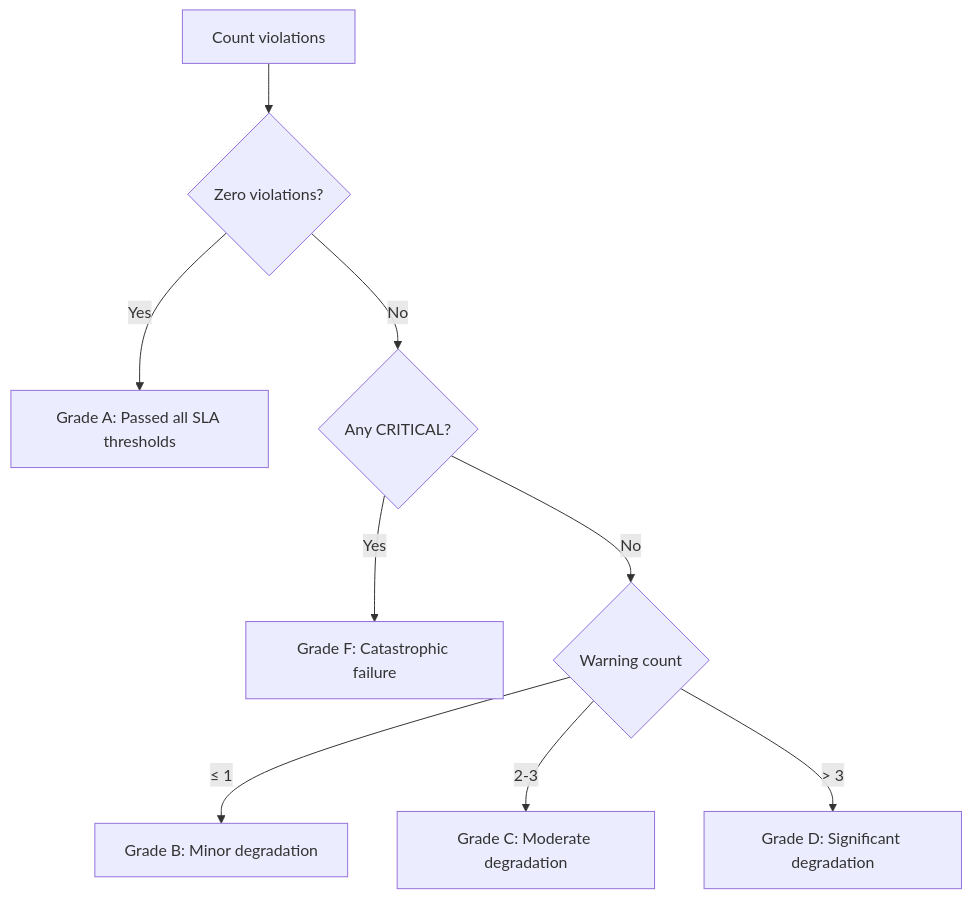
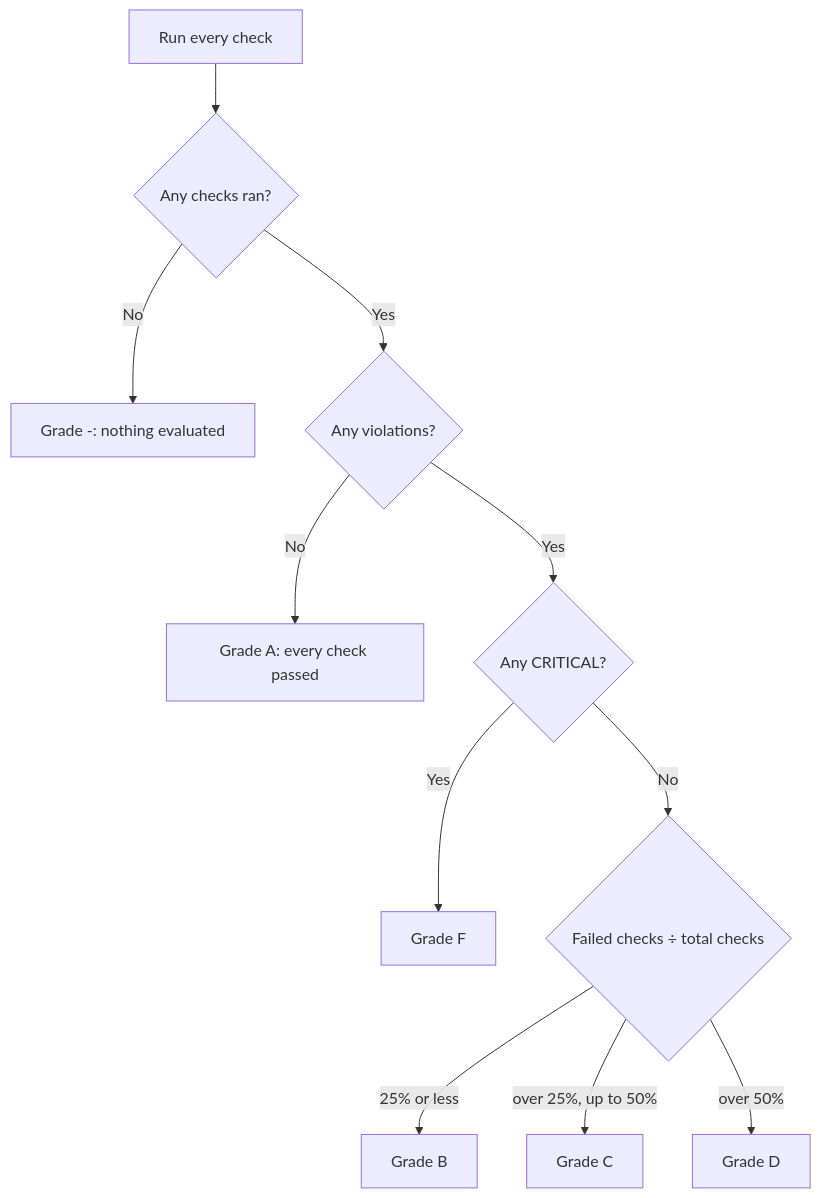
Before and after one commit to actions-marketplace-validations/bmscomp_kates: the second of 3 diagrams in kates/docs/disruption-guide.md, drawn with Mermaid. The commit also changed other lines of this file and 1 other file, not shown here.

First line of the commit message:
docs(disruption): make the JSON plan examples and SLA grading match the code (#176)

````diff
--- a/kates/docs/disruption-guide.md
+++ b/kates/docs/disruption-guide.md
@@ -398,11 +415,13 @@
 ```mermaid
 flowchart TD
-    Start["Count violations"] --> Empty{"Zero violations?"}
-    Empty -- Yes --> A["Grade A: Passed all SLA thresholds"]
-    Empty -- No --> Critical{"Any CRITICAL?"}
-    Critical -- Yes --> F["Grade F: Catastrophic failure"]
-    Critical -- No --> Count{"Warning count"}
-    Count -- "≤ 1" --> B["Grade B: Minor degradation"]
-    Count -- "2-3" --> C["Grade C: Moderate degradation"]
-    Count -- "> 3" --> D["Grade D: Significant degradation"]
+    Start["Run every check"] --> Ran{"Any checks ran?"}
+    Ran -- No --> None["Grade -: nothing evaluated"]
+    Ran -- Yes --> Empty{"Any violations?"}
+    Empty -- No --> A["Grade A: every check passed"]
+    Empty -- Yes --> Critical{"Any CRITICAL?"}
+    Critical -- Yes --> F["Grade F"]
+    Critical -- No --> Fraction{"Failed checks ÷ total checks"}
+    Fraction -- "25% or less" --> B["Grade B"]
+    Fraction -- "over 25%, up to 50%" --> C["Grade C"]
+    Fraction -- "over 50%" --> D["Grade D"]
 ```
````
